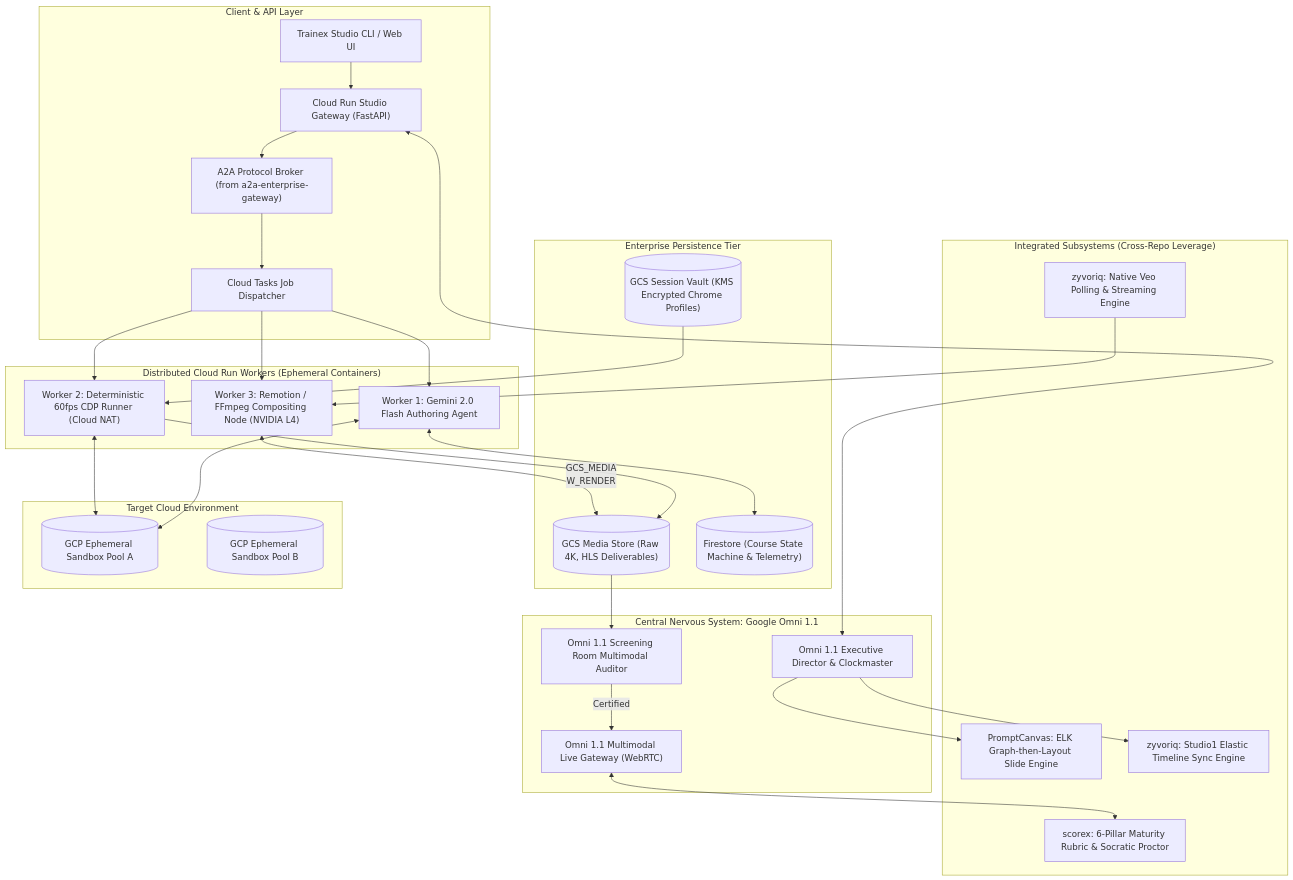
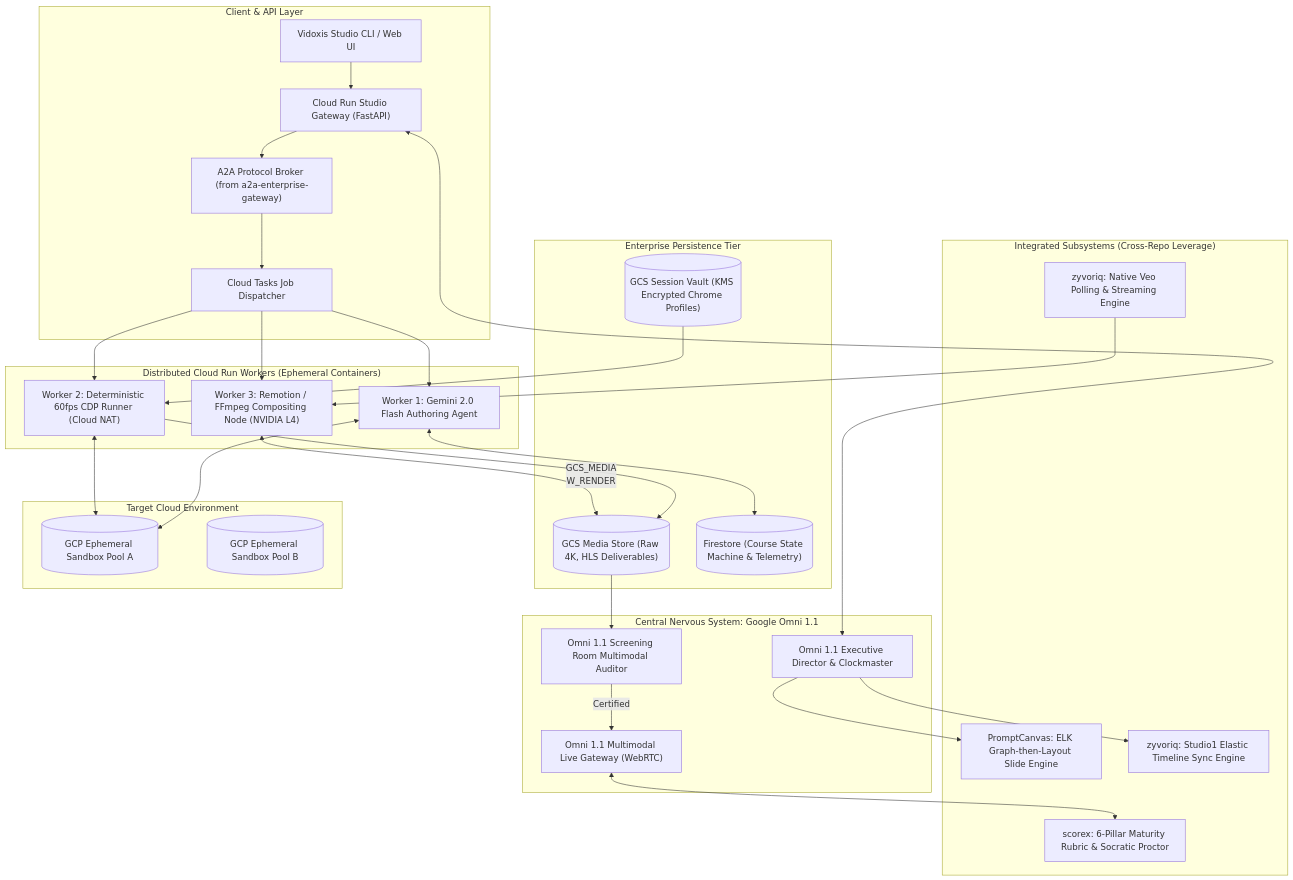
Before and after one commit to nitinaggarwal-12/vidoxis: the diagram in architecture.md, drawn with Mermaid. The commit also changed other lines of this file and 14 other files, not shown here.

Commit message:
docs(unification): purge legacy trainex branding, standardize model tiers, and export lifecycle context schema

````diff
--- a/architecture.md
+++ b/architecture.md
@@ -29,56 +29,56 @@
 ```mermaid
 flowchart TB
     subgraph CLIENT["Client & API Layer"]
-        CLI["Trainex Studio CLI / Web UI"]
+        CLI["Vidoxis Studio CLI / Web UI"]
         API["Cloud Run Studio Gateway (FastAPI)"]
         A2A["A2A Protocol Broker (from a2a-enterprise-gateway)"]
         QUEUE["Cloud Tasks Job Dispatcher"]
     end
 
     subgraph BRAIN["Central Nervous System: Google Omni 1.1"]
         OMNI_DIR["Omni 1.1 Executive Director & Clockmaster"]
         OMNI_LIVE["Omni 1.1 Multimodal Live Gateway (WebRTC)"]
         OMNI_QA["Omni 1.1 Screening Room Multimodal Auditor"]
     end
 
     subgraph SUB_SYSTEMS["Integrated Subsystems (Cross-Repo Leverage)"]
         PROMPT_CANVAS["PromptCanvas: ELK Graph-then-Layout Slide Engine"]
         ZYV_SYNC["zyvoriq: Studio1 Elastic Timeline Sync Engine"]
         ZYV_VEO["zyvoriq: Native Veo Polling & Streaming Engine"]
         SCOREX_EVAL["scorex: 6-Pillar Maturity Rubric & Socratic Proctor"]
     end
 
     subgraph WORKERS["Distributed Cloud Run Workers (Ephemeral Containers)"]
         W_AUTH["Worker 1: Gemini 2.0 Flash Authoring Agent"]
         W_REPLAY["Worker 2: Deterministic 60fps CDP Runner (Cloud NAT)"]
         W_RENDER["Worker 3: Remotion / FFmpeg Compositing Node (NVIDIA L4)"]
     end
 
     subgraph STORAGE["Enterprise Persistence Tier"]
         GCS_VAULT[("GCS Session Vault (KMS Encrypted Chrome Profiles)")]
         GCS_MEDIA[("GCS Media Store (Raw 4K, HLS Deliverables)")]
         FIRESTORE[("Firestore (Course State Machine & Telemetry)")]
     end
 
     subgraph CLOUD_TARGET["Target Cloud Environment"]
         SANDBOX_A[("GCP Ephemeral Sandbox Pool A")]
         SANDBOX_B[("GCP Ephemeral Sandbox Pool B")]
     end
 
     CLI --> API --> A2A --> QUEUE
     API <--> OMNI_DIR
     OMNI_DIR --> PROMPT_CANVAS
     OMNI_DIR --> ZYV_SYNC
     QUEUE --> W_AUTH & W_REPLAY & W_RENDER
     W_AUTH <--> FIRESTORE
     W_AUTH <--> SANDBOX_A
     GCS_VAULT --> W_REPLAY
     W_REPLAY <--> SANDBOX_A
     W_REPLAY --> GCS_MEDIA
     ZYV_VEO --> W_RENDER
     W_RENDER <-- GCS_MEDIA
     W_RENDER --> GCS_MEDIA
     GCS_MEDIA --> OMNI_QA
     OMNI_QA -- "Certified" --> OMNI_LIVE
     OMNI_LIVE <--> SCOREX_EVAL
 ```
````
